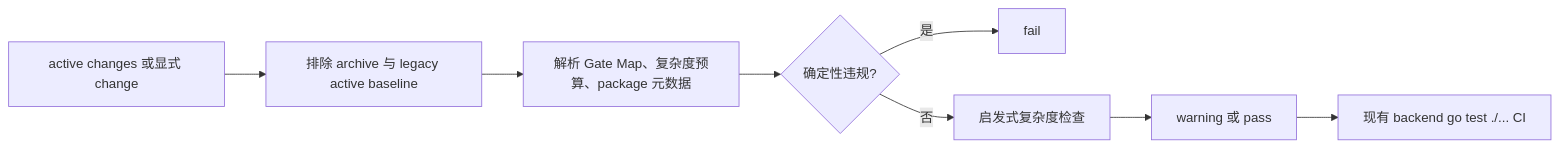
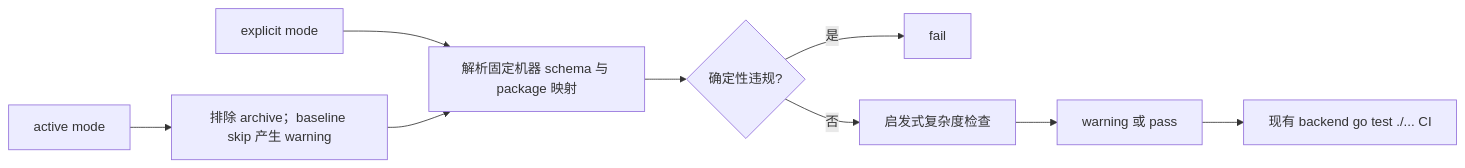
The diagram in openspec/changes/optimize-openspec-task-packaging/design.md (meierlink88/tidewise-ai), drawn with Mermaid before and after one commit. The commit also changed other lines of this file and 3 other files, not shown here.

````diff
--- a/openspec/changes/optimize-openspec-task-packaging/design.md
+++ b/openspec/changes/optimize-openspec-task-packaging/design.md
@@ -103,10 +171,11 @@
 ```mermaid
 flowchart LR
-    A["active changes 或显式 change"] --> B["排除 archive 与 legacy active baseline"]
-    B --> C["解析 Gate Map、复杂度预算、package 元数据"]
+    A["active mode"] --> B["排除 archive；baseline skip 产生 warning"]
+    X["explicit mode"] --> C["拒绝 archive；忽略 baseline skip"]
+    B --> C["解析固定机器 schema 与 package 映射"]
     C --> D{"确定性违规?"}
     D -- 是 --> E["fail"]
     D -- 否 --> F["启发式复杂度检查"]
     F --> G["warning 或 pass"]
     G --> H["现有 backend go test ./... CI"]
 ```
````
